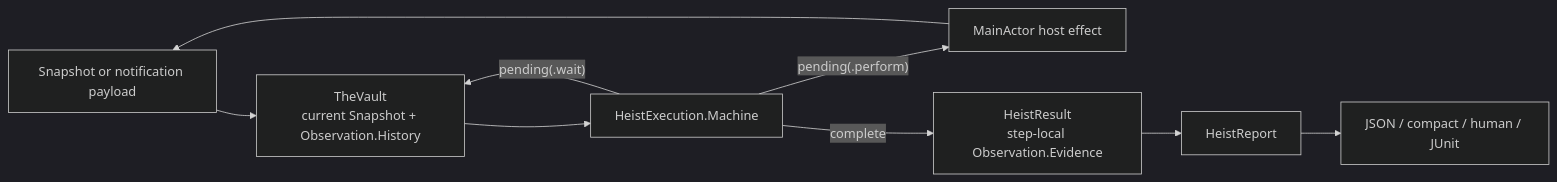
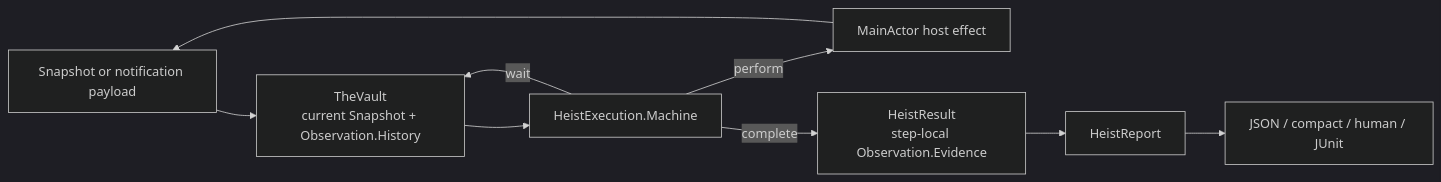
One commit to RoyalPineapple/TheButtonHeist changed the diagram in docs/ACCESSIBILITY-CONTRACT.md. Above: the diagram before and after it, drawn with Mermaid (dark theme). The commit also changed 22 other files, not shown here.

````diff
--- a/docs/ACCESSIBILITY-CONTRACT.md
+++ b/docs/ACCESSIBILITY-CONTRACT.md
@@ -37,19 +37,19 @@
 ```mermaid
 flowchart LR
     Input["Snapshot or notification payload"]
     Vault["TheVault<br/>current Snapshot + Observation.History"]
     Machine["HeistExecution.Machine"]
     Effect["MainActor host effect"]
     Result["HeistResult<br/>step-local Observation.Evidence"]
     Report["HeistReport"]
     Render["JSON / compact / human / JUnit"]
 
     Input --> Vault
     Vault --> Machine
-    Machine -->|"pending(.perform)"| Effect
+    Machine -->|"perform"| Effect
     Effect --> Input
-    Machine -->|"pending(.wait)"| Vault
+    Machine -->|"wait"| Vault
     Machine -->|"complete"| Result
     Result --> Report
     Report --> Render
 ```
````
